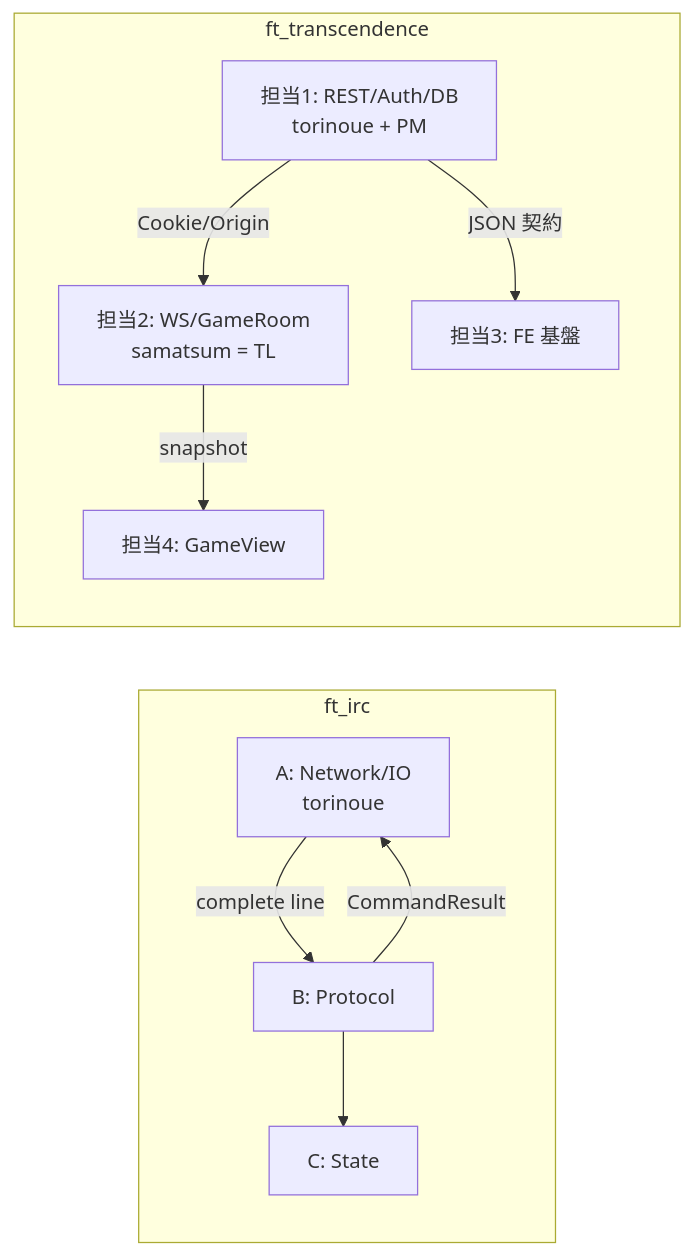
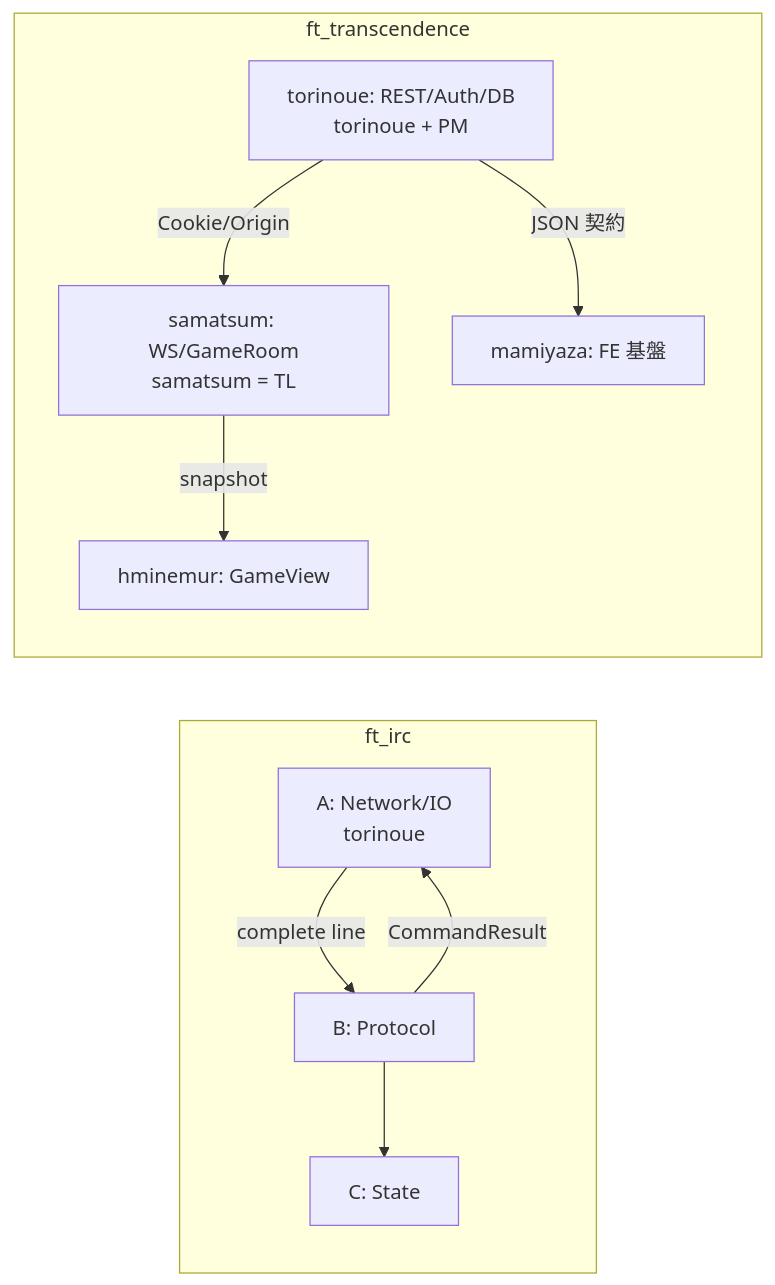
Before and after one commit to samatsum/ft_Transcendence: the diagram in md_files/torinoue/torinoue_IRC比較_立ち位置.md, drawn with Mermaid. The commit also changed other lines of this file and 15 other files, not shown here.

````diff
--- a/md_files/torinoue/torinoue_IRC比較_立ち位置.md
+++ b/md_files/torinoue/torinoue_IRC比較_立ち位置.md
@@ -28,21 +28,21 @@
 ```mermaid
 flowchart LR
   subgraph IRC["ft_irc"]
     IA[A: Network/IO<br/>torinoue]
     IB[B: Protocol]
     IC[C: State]
     IA -->|complete line| IB
     IB -->|CommandResult| IA
     IB --> IC
   end
 
   subgraph FT["ft_transcendence"]
-    T1[担当1: REST/Auth/DB<br/>torinoue + PM]
-    T2[担当2: WS/GameRoom<br/>samatsum = TL]
-    T3[担当3: FE 基盤]
-    T4[担当4: GameView]
+    T1[torinoue: REST/Auth/DB<br/>torinoue + PM]
+    T2[samatsum: WS/GameRoom<br/>samatsum = TL]
+    T3[mamiyaza: FE 基盤]
+    T4[hminemur: GameView]
     T1 -->|Cookie/Origin| T2
     T1 -->|JSON 契約| T3
     T2 -->|snapshot| T4
   end
 ```
````
